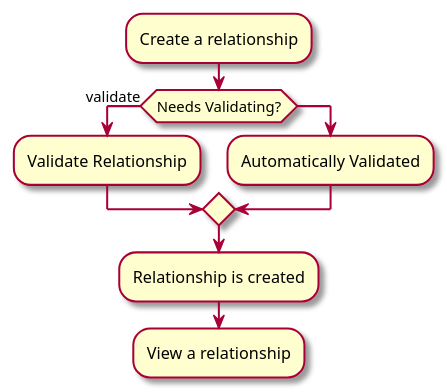
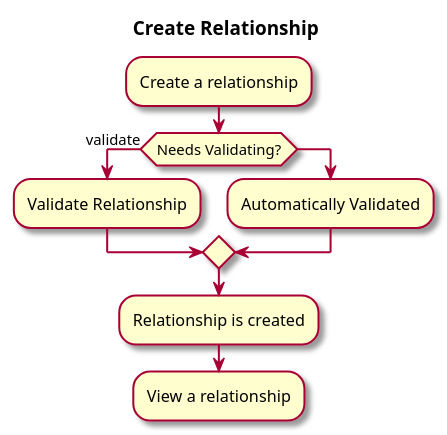
Before and after one commit to NHSDigital/interoperability-standards-documentation: the diagram in input/images-source/national-proxy-service-activity-create-relationship.plantuml, drawn with PlantUML. The commit also changed 6 other files, not shown here.

```diff
--- a/input/images-source/national-proxy-service-activity-create-relationship.plantuml
+++ b/input/images-source/national-proxy-service-activity-create-relationship.plantuml
@@ -1,14 +1,16 @@
 @startuml
 
 skin rose
+
+title Create Relationship
 
 :Create a relationship;
 if (Needs Validating?) is (validate) then
 :Validate Relationship;
 else
 :Automatically Validated;
 endif
 :Relationship is created;
 :View a relationship;
 
 @enduml
```
